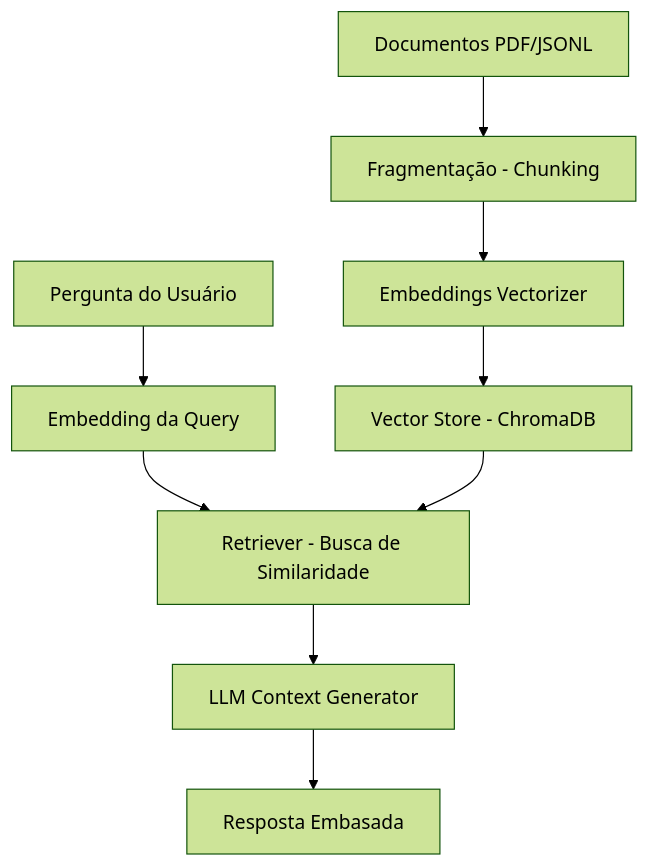
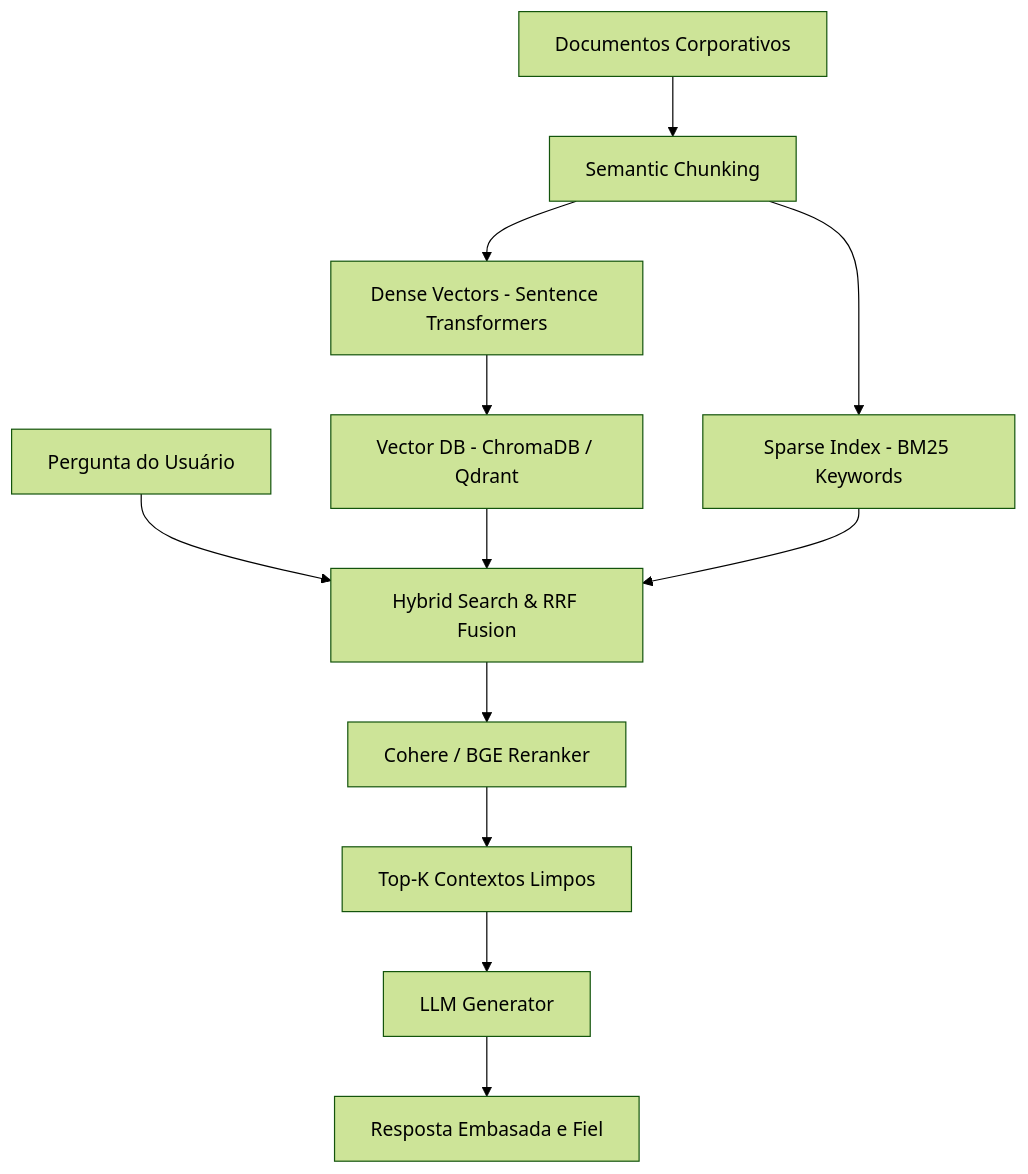
Before and after one commit to EmmanuelNunes/SECOMP---IA: the second of 2 diagrams in apostila/Apostila_Completa.md, drawn with Mermaid (forest theme). The commit also changed other lines of this file and 5 other files, not shown here.

````diff
--- a/apostila/Apostila_Completa.md
+++ b/apostila/Apostila_Completa.md
@@ -186,11 +142,16 @@
 ```mermaid
 flowchart TD
-    Doc[Documentos PDF/JSONL] --> Chunking[Fragmentação - Chunking]
-    Chunking --> Embedding[Embeddings Vectorizer]
-    Embedding --> DB[Vector Store - ChromaDB]
-    UserQuery[Pergunta do Usuário] --> EmbedQuery[Embedding da Query]
-    EmbedQuery --> Retrieval[Retriever - Busca de Similaridade]
-    DB --> Retrieval
-    Retrieval --> LLM[LLM Context Generator]
-    LLM --> Answer[Resposta Embasada]
+    Doc[Documentos Corporativos] --> SemanticChunking[Semantic Chunking]
+    SemanticChunking --> DenseEmbed[Dense Vectors - Sentence Transformers]
+    SemanticChunking --> SparseIndex[Sparse Index - BM25 Keywords]
+    DenseEmbed --> VectorDB[Vector DB - ChromaDB / Qdrant]
+    
+    Query[Pergunta do Usuário] --> HybridSearch[Hybrid Search & RRF Fusion]
+    VectorDB --> HybridSearch
+    SparseIndex --> HybridSearch
+    
+    HybridSearch --> Reranker[Cohere / BGE Reranker]
+    Reranker --> TopKContext[Top-K Contextos Limpos]
+    TopKContext --> LLM[LLM Generator]
+    LLM --> FinalAnswer[Resposta Embasada e Fiel]
 ```
````
